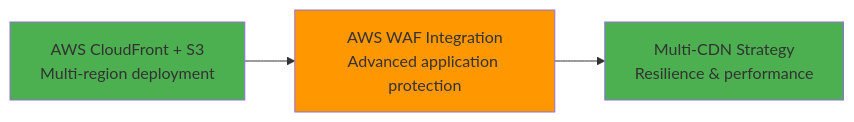
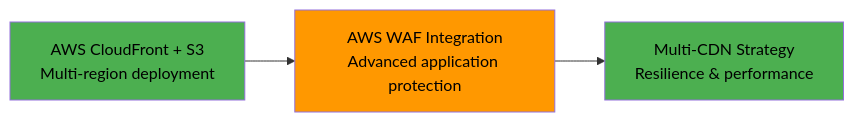
Before and after one commit to Hack23/riksdagsmonitor: the seventh of 9 diagrams in FUTURE_SECURITY_ARCHITECTURE.md, drawn with Mermaid. The commit also changed other lines of this file and 11 other files, not shown here.

First line of the commit message:
Fix broken mermaid diagrams: SWOT gantt, quadrantChart theming, init quotes, text colors

````diff
--- a/FUTURE_SECURITY_ARCHITECTURE.md
+++ b/FUTURE_SECURITY_ARCHITECTURE.md
@@ -558,9 +558,9 @@
 ```mermaid
 graph LR
     Current[AWS CloudFront + S3<br/>Multi-region deployment] --> Enhanced[AWS WAF Integration<br/>Advanced application protection]
     Enhanced --> Premium[Multi-CDN Strategy<br/>Resilience & performance]
     
-    style Current fill:#4caf50
-    style Enhanced fill:#ff9800
-    style Premium fill:#4caf50
+    style Current fill:#4caf50,color:#000000
+    style Enhanced fill:#ff9800,color:#000000
+    style Premium fill:#4caf50,color:#000000
 ```
````
